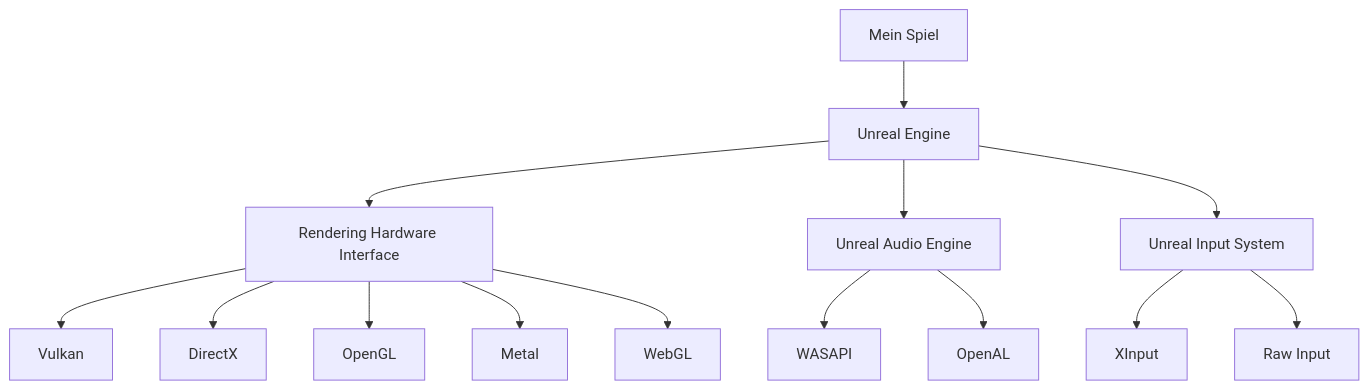
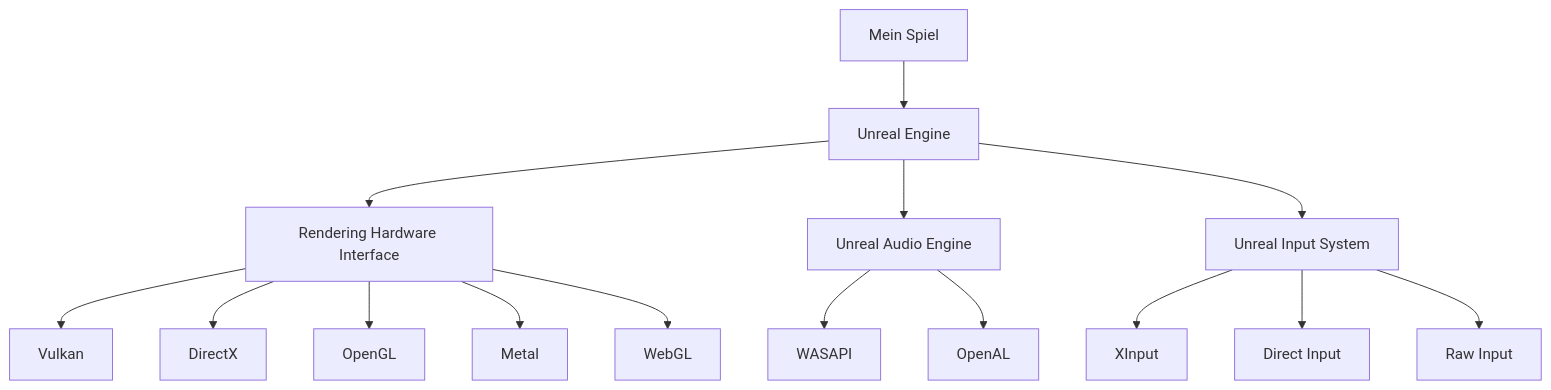
One commit to Frank-Mayer/slides changed the diagram in game_tech/unreal.mermaid. Above: the diagram before and after it, drawn with Mermaid. The commit also changed 3 other files, not shown here.

```diff
--- a/game_tech/unreal.mermaid
+++ b/game_tech/unreal.mermaid
@@ -1,20 +1,22 @@
 graph TD;
     my_game["Mein Spiel"]
     ue["Unreal Engine"]
     rhi["Rendering Hardware Interface"]
     uae["Unreal Audio Engine"]
     input["Unreal Input System"]
     raw_input["Raw Input"]
+    direct_input["Direct Input"]
     my_game-->ue
     ue-->rhi
     ue-->uae
     ue-->input
     rhi-->Vulkan
     rhi-->DirectX
     rhi-->OpenGL
     rhi-->Metal
     rhi-->WebGL
     uae-->WASAPI
     uae-->OpenAL
     input-->XInput
+    input-->direct_input
     input-->raw_input
```
